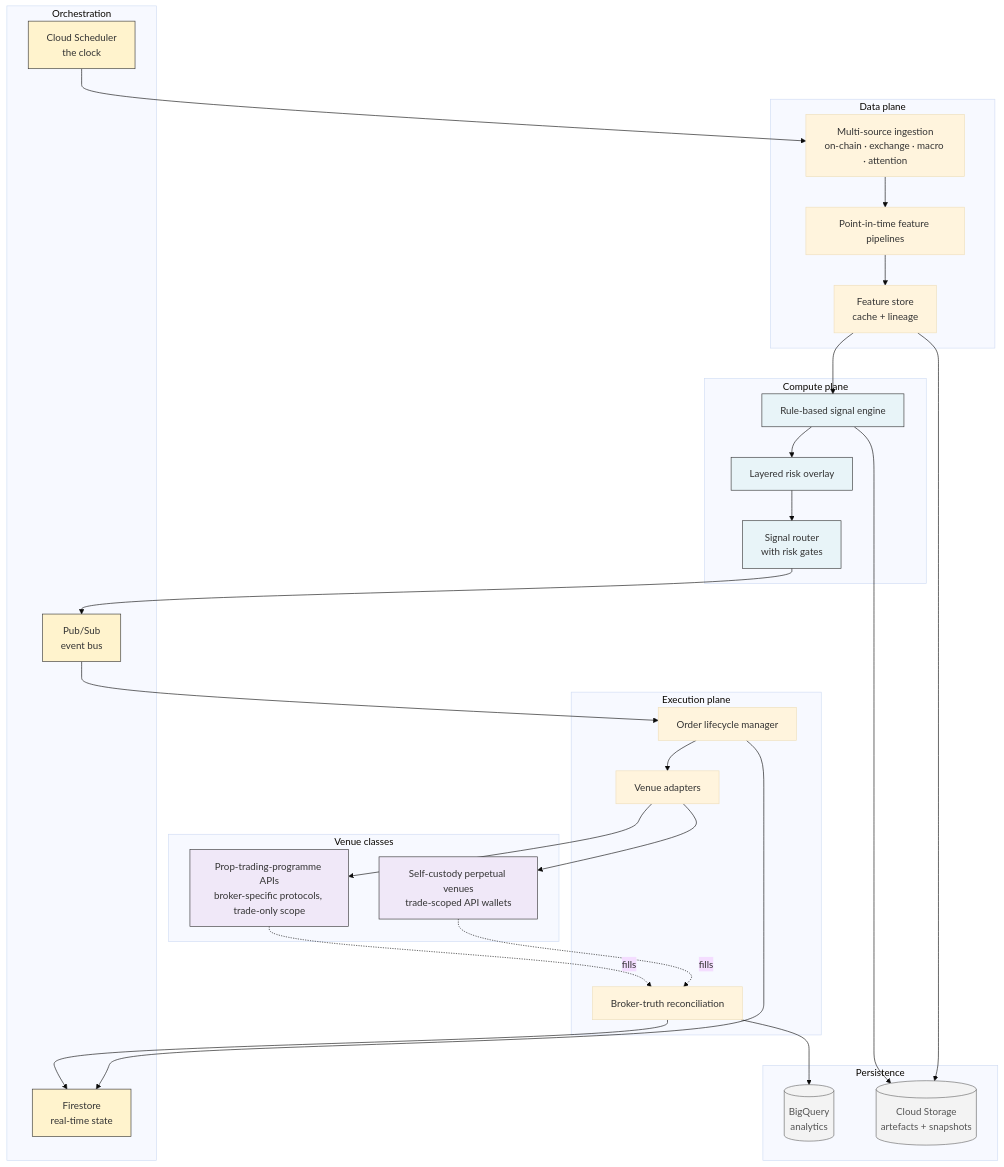
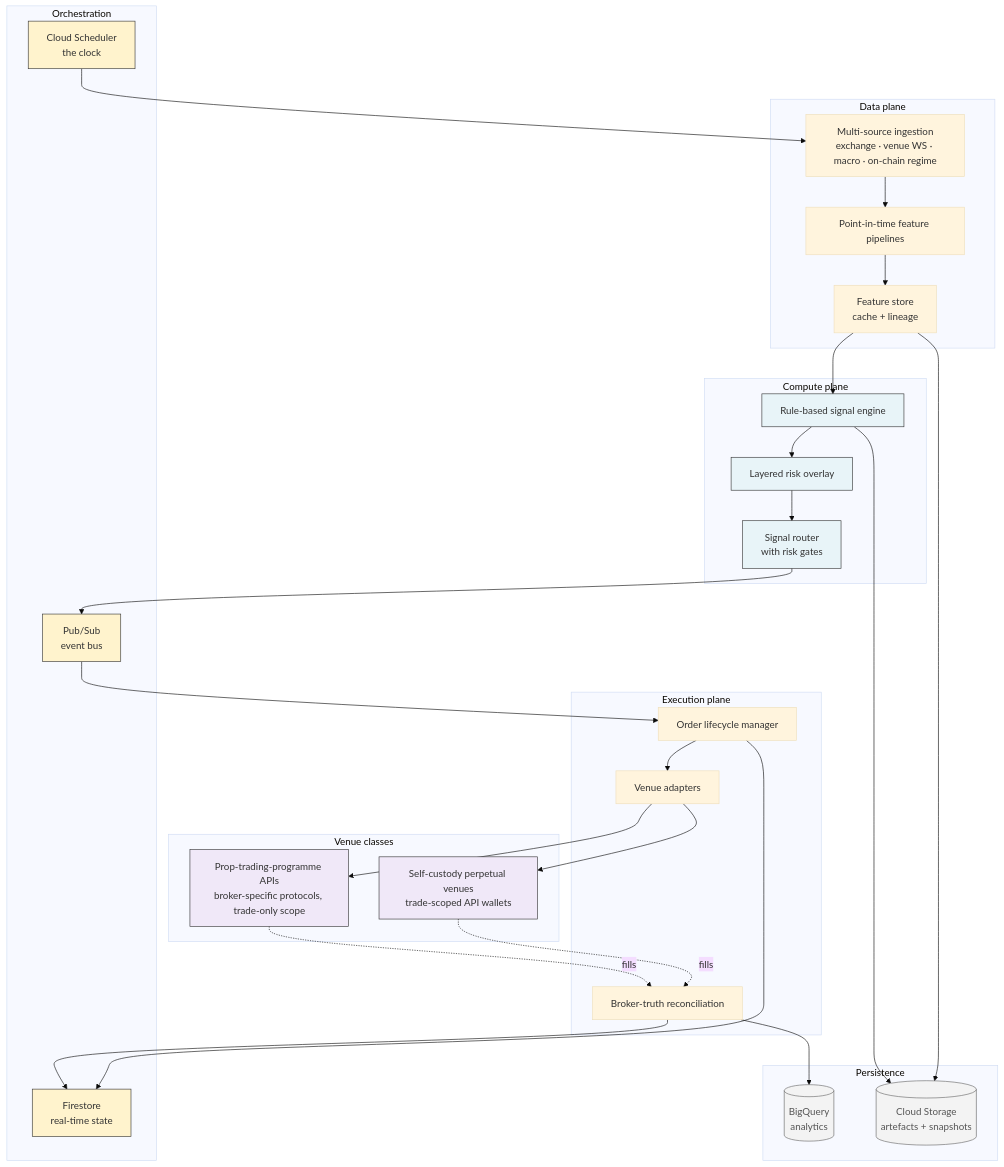
The diagram in docs/diagrams/high-level-architecture.mmd (DisuzaQuantitative/Disuza-Quantitative), drawn with Mermaid (base theme) before and after one commit. The commit also changed 3 other files, not shown here.

```diff
--- a/docs/diagrams/high-level-architecture.mmd
+++ b/docs/diagrams/high-level-architecture.mmd
@@ -1,66 +1,66 @@
 %% Disuza Quantitative — High-level Architecture
 %% Version 3.1 · 2026-05-22
 %% Render natively on GitHub. Paste into https://mermaid.live for interactive view.
 
 graph TB
   subgraph Orchestration
     CS[Cloud Scheduler<br/>the clock]
     PS[Pub/Sub<br/>event bus]
     FS[Firestore<br/>real-time state]
   end
 
   subgraph "Data plane"
-    ING[Multi-source ingestion<br/>on-chain · exchange · macro · attention]
+    ING[Multi-source ingestion<br/>exchange · venue WS · macro · on-chain regime]
     PIT[Point-in-time feature pipelines]
     FST[Feature store<br/>cache + lineage]
   end
 
   subgraph "Compute plane"
     ML[Rule-based signal engine]
     RISK[Layered risk overlay]
     ROUTER[Signal router<br/>with risk gates]
   end
 
   subgraph "Execution plane"
     ADAPT[Venue adapters]
     LIFE[Order lifecycle manager]
     RECON[Broker-truth reconciliation]
   end
 
   subgraph "Venue classes"
     INST[Prop-trading-programme APIs<br/>broker-specific protocols, trade-only scope]
     SELF[Self-custody perpetual venues<br/>trade-scoped API wallets]
   end
 
   subgraph Persistence
     SQL[(BigQuery<br/>analytics)]
     GCS[(Cloud Storage<br/>artefacts + snapshots)]
   end
 
   CS --> ING
   ING --> PIT
   PIT --> FST
   FST --> ML
   ML --> RISK
   RISK --> ROUTER
   ROUTER --> PS
   PS --> LIFE
   LIFE --> ADAPT
   ADAPT --> INST
   ADAPT --> SELF
   INST -.->|fills| RECON
   SELF -.->|fills| RECON
   RECON --> FS
   LIFE --> FS
   ML --> GCS
   FST --> GCS
   RECON --> SQL
 
   classDef plane fill:#e8f4f8,stroke:#333,stroke-width:1px
   classDef orch fill:#fff3cd,stroke:#333,stroke-width:1px
   classDef venue fill:#f0e8f8,stroke:#333,stroke-width:1px
   classDef persist fill:#f3f3f3,stroke:#666,stroke-width:1px,color:#555
   class ML,RISK,ROUTER plane
   class CS,PS,FS orch
   class INST,SELF venue
   class SQL,GCS persist
```
